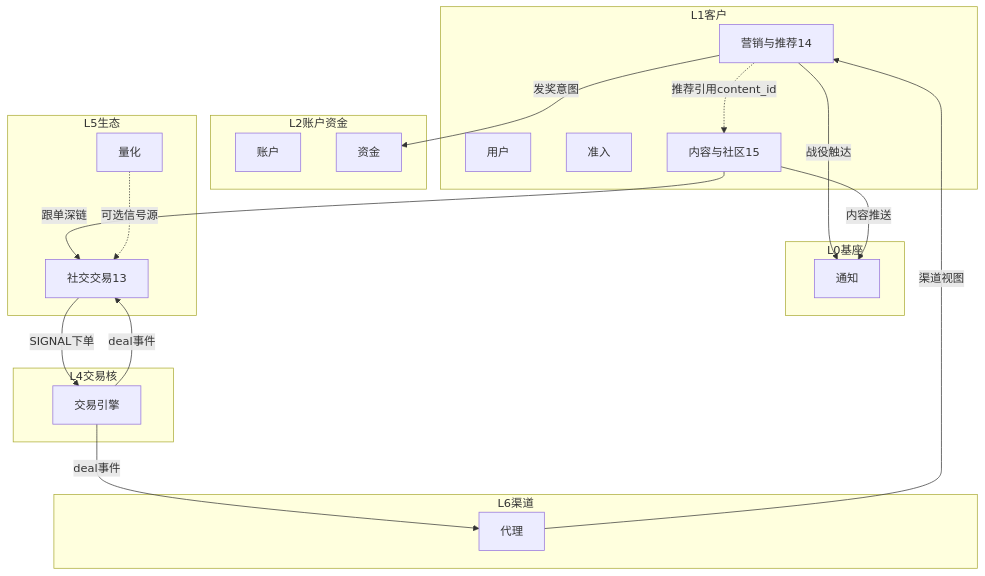
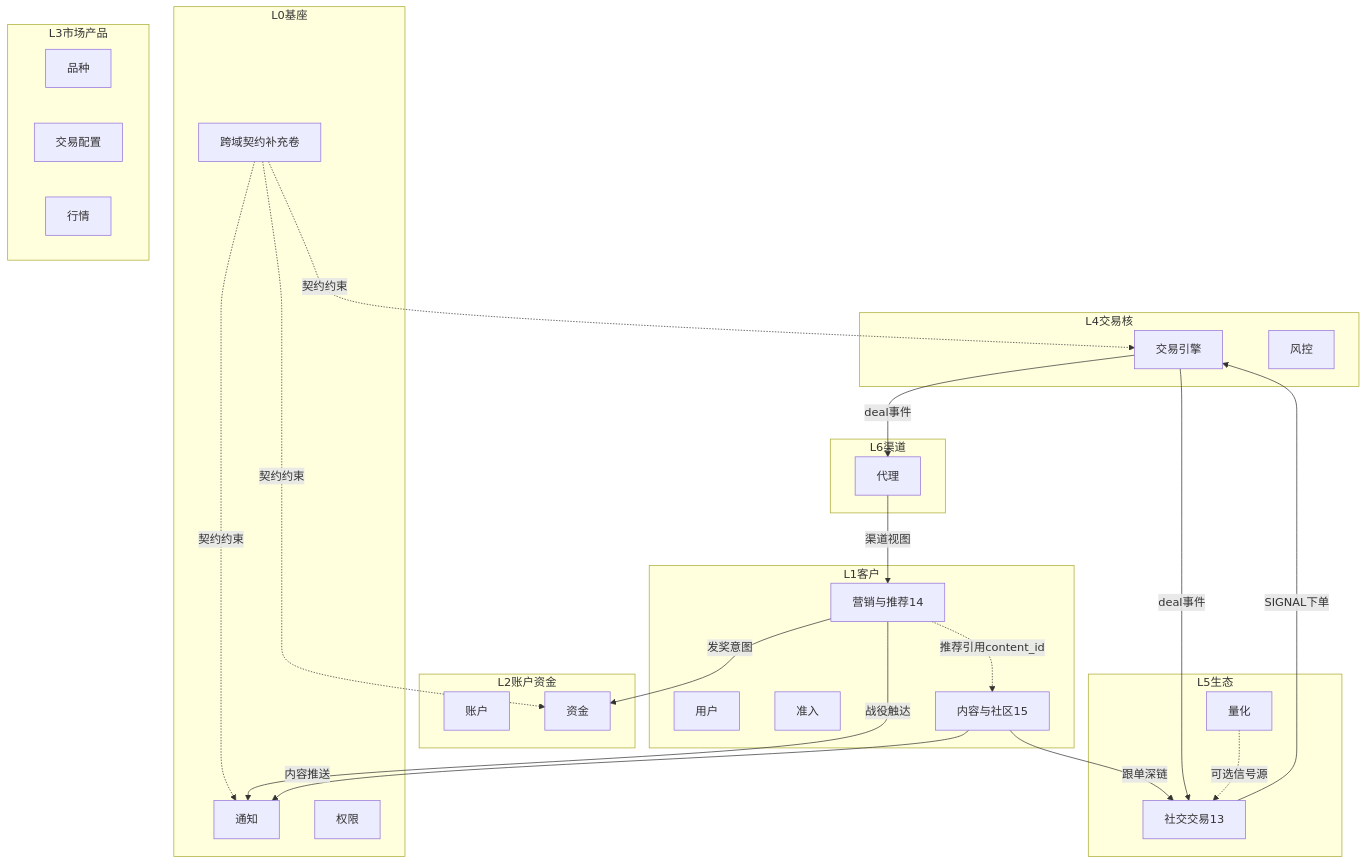
One commit to fairyspace/gogo_trade changed the diagram in [总览]经纪平台域地图.md. Above: the diagram before and after it, drawn with Mermaid. The commit also changed other lines of this file and 20 other files, not shown here.

````diff
--- a/[总览]经纪平台域地图.md
+++ b/[总览]经纪平台域地图.md
@@ -35,37 +36,48 @@
 ```mermaid
 flowchart TB
   subgraph L0 [L0基座]
     NTF[通知]
+    PMS[权限]
+    PLC[跨域契约补充卷]
   end
   subgraph L1 [L1客户]
     USER[用户]
     OB[准入]
     MKT[营销与推荐14]
     COM[内容与社区15]
   end
   subgraph L2 [L2账户资金]
     ACC[账户]
     FUND[资金]
   end
+  subgraph L3 [L3市场产品]
+    SYM[品种]
+    CFG[交易配置]
+    MD[行情]
+  end
   subgraph L4 [L4交易核]
     TRD[交易引擎]
+    RISK[风控]
   end
   subgraph L5 [L5生态]
     QNT[量化]
     SOC[社交交易13]
   end
   subgraph L6 [L6渠道]
     PTN[代理]
   end
 
+  PLC -.->|契约约束| NTF
+  PLC -.->|契约约束| TRD
+  PLC -.->|契约约束| FUND
   MKT -->|发奖意图| FUND
   MKT -->|战役触达| NTF
   COM -->|内容推送| NTF
   MKT -.->|推荐引用content_id| COM
   COM -->|跟单深链| SOC
   SOC -->|SIGNAL下单| TRD
   TRD -->|deal事件| SOC
   TRD -->|deal事件| PTN
   PTN -->|渠道视图| MKT
   QNT -.->|可选信号源| SOC
 ```
````
